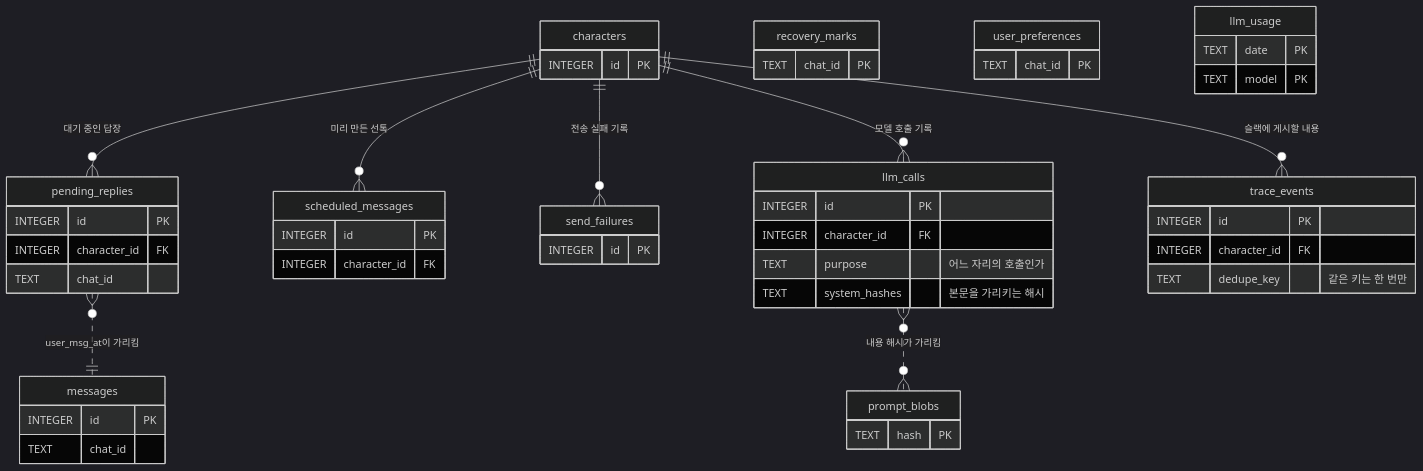
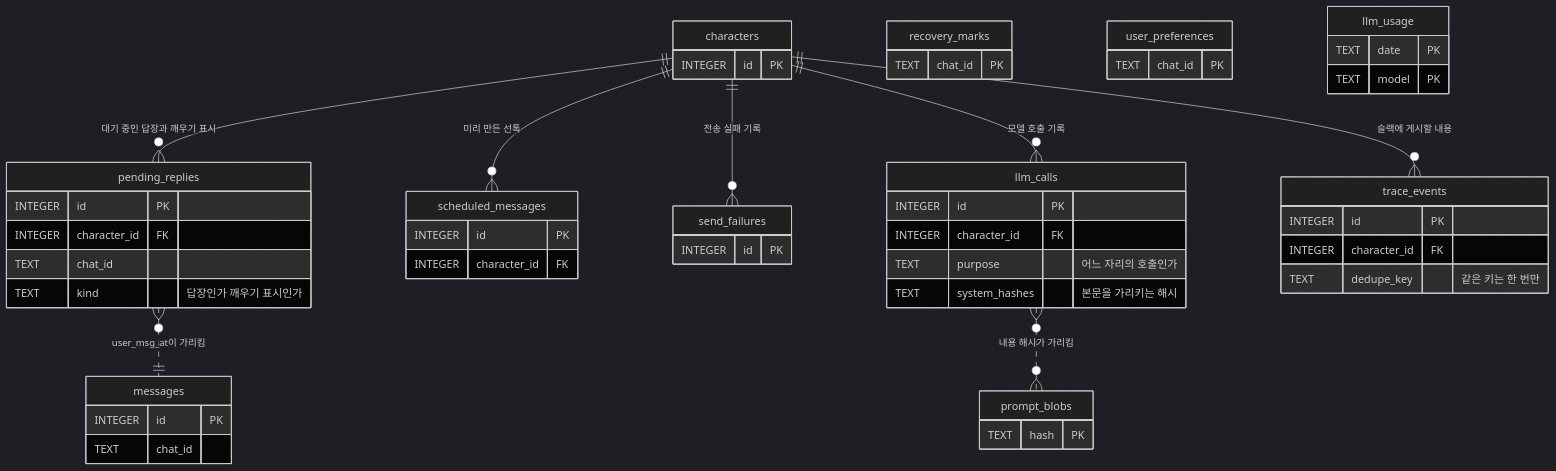
Before and after one commit to hyewon3938/random-ai-companion: the third of 3 diagrams in erd.md, drawn with Mermaid (dark theme). The commit also changed other lines of this file and 1 other file, not shown here.

````diff
--- a/erd.md
+++ b/erd.md
@@ -334,54 +334,55 @@
 ```mermaid
 erDiagram
-    characters ||--o{ pending_replies : "대기 중인 답장"
+    characters ||--o{ pending_replies : "대기 중인 답장과 깨우기 표시"
     characters ||--o{ scheduled_messages : "미리 만든 선톡"
     characters ||--o{ send_failures : "전송 실패 기록"
     characters ||--o{ llm_calls : "모델 호출 기록"
     characters ||--o{ trace_events : "슬랙에 게시할 내용"
     pending_replies }o..|| messages : "user_msg_at이 가리킴"
     llm_calls }o..o{ prompt_blobs : "내용 해시가 가리킴"
 
     characters {
         INTEGER id PK
     }
     messages {
         INTEGER id PK
         TEXT chat_id
     }
     pending_replies {
         INTEGER id PK
         INTEGER character_id FK
         TEXT chat_id
+        TEXT kind "답장인가 깨우기 표시인가"
     }
     scheduled_messages {
         INTEGER id PK
         INTEGER character_id FK
     }
     recovery_marks {
         TEXT chat_id PK
     }
     send_failures {
         INTEGER id PK
     }
     user_preferences {
         TEXT chat_id PK
     }
     llm_usage {
         TEXT date PK
         TEXT model PK
     }
     llm_calls {
         INTEGER id PK
         INTEGER character_id FK
         TEXT purpose "어느 자리의 호출인가"
         TEXT system_hashes "본문을 가리키는 해시"
     }
     prompt_blobs {
         TEXT hash PK
     }
     trace_events {
         INTEGER id PK
         INTEGER character_id FK
         TEXT dedupe_key "같은 키는 한 번만"
     }
 ```
````
